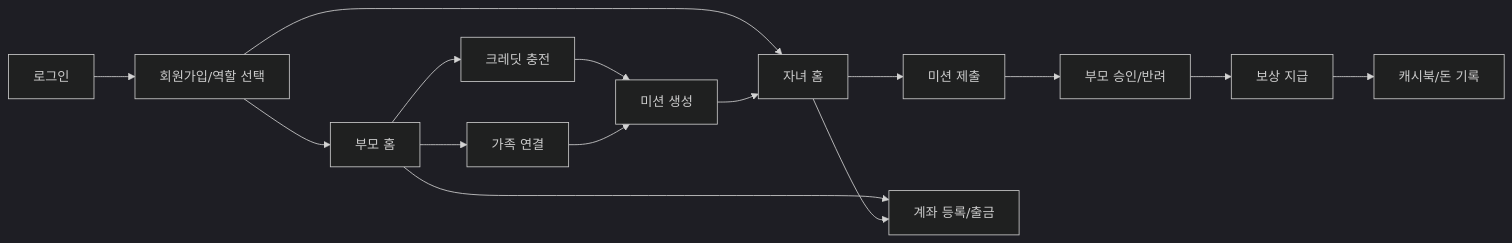
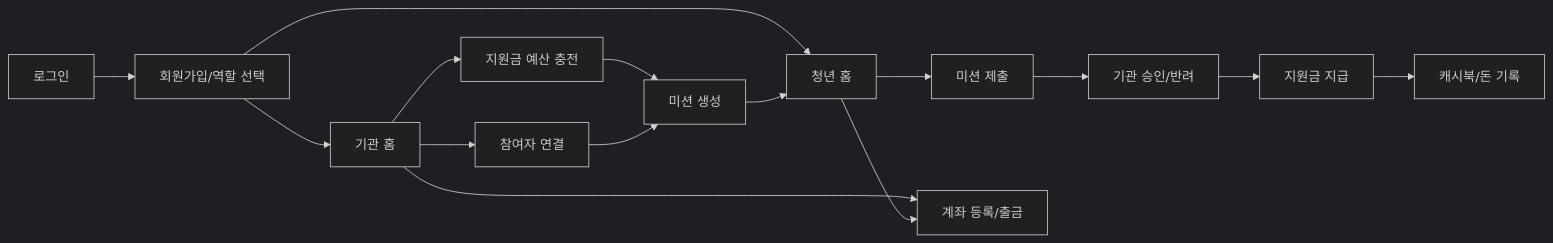
Before and after one commit to ohuiseok/PayFlow: the diagram in reference-docs/참고문서/16-화면-흐름.md, drawn with Mermaid (dark theme). The commit also changed other lines of this file and 173 other files, not shown here.

````diff
--- a/reference-docs/참고문서/16-화면-흐름.md
+++ b/reference-docs/참고문서/16-화면-흐름.md
@@ -14,30 +16,30 @@
 ```mermaid
 flowchart LR
     login[로그인]
     signup[회원가입/역할 선택]
-    parentHome[부모 홈]
-    childHome[자녀 홈]
-    family[가족 연결]
-    charge[크레딧 충전]
+    parentHome[기관 홈]
+    childHome[청년 홈]
+    family[참여자 연결]
+    charge[지원금 예산 충전]
     missionCreate[미션 생성]
     missionSubmit[미션 제출]
-    approval[부모 승인/반려]
-    reward[보상 지급]
+    approval[기관 승인/반려]
+    reward[지원금 지급]
     cashbook[캐시북/돈 기록]
     banking[계좌 등록/출금]
 
     login --> signup
     signup --> parentHome
     signup --> childHome
     parentHome --> family
     parentHome --> charge
     charge --> missionCreate
     family --> missionCreate
     missionCreate --> childHome
     childHome --> missionSubmit
     missionSubmit --> approval
     approval --> reward
     reward --> cashbook
     parentHome --> banking
     childHome --> banking
 ```
````
